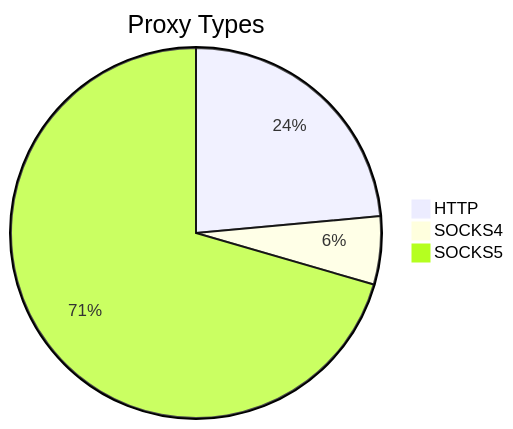
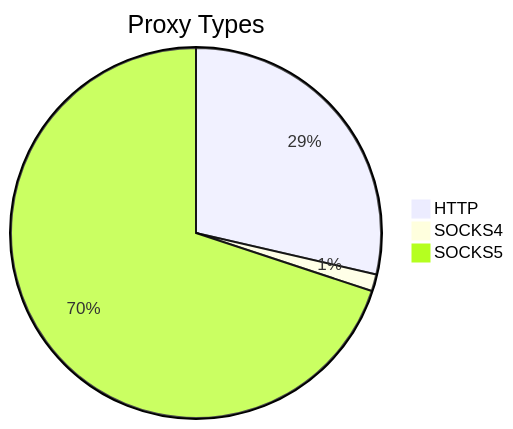
The first of 2 diagrams in README.md (stormsia/proxy-list), drawn with Mermaid before and after one commit. The commit also changed other lines of this file, not shown here.

````diff
--- a/README.md
+++ b/README.md
@@ -21,6 +21,6 @@
 ```mermaid
 pie title Proxy Types
-    "HTTP" : 194
-    "SOCKS4" : 49
-    "SOCKS5" : 581
+    "HTTP" : 351
+    "SOCKS4" : 18
+    "SOCKS5" : 858
 ```
````
